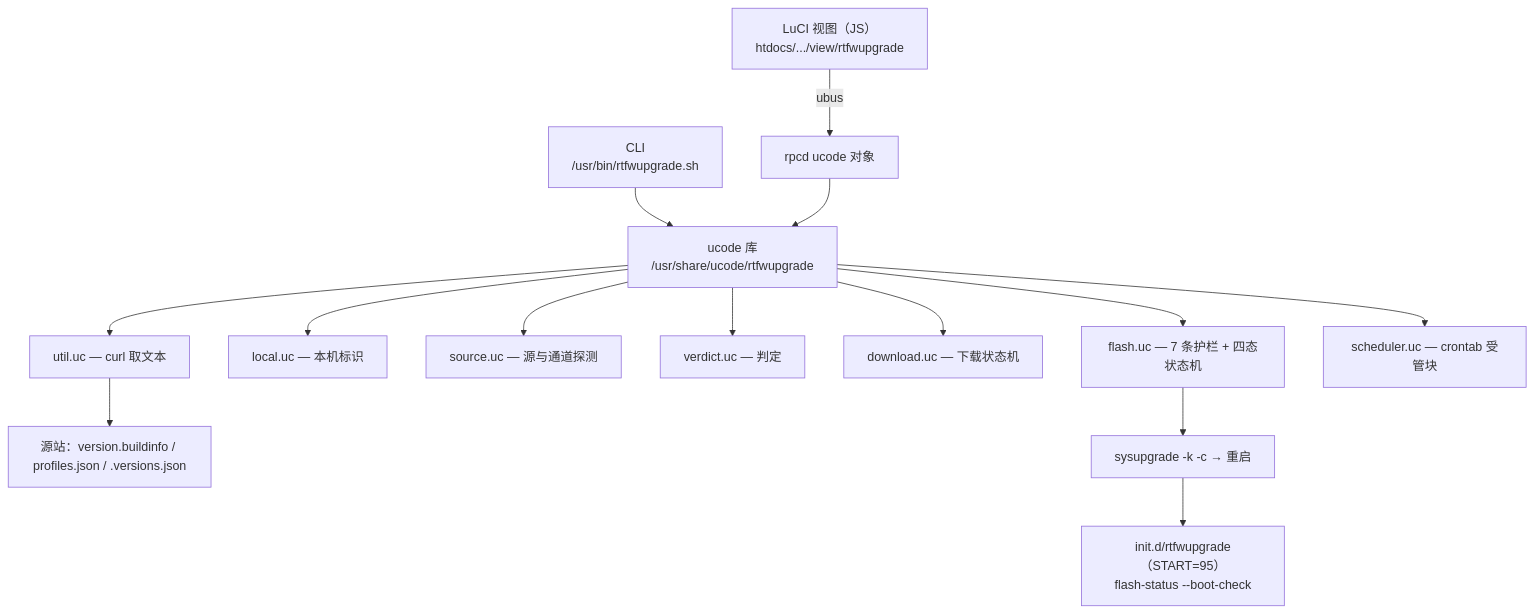
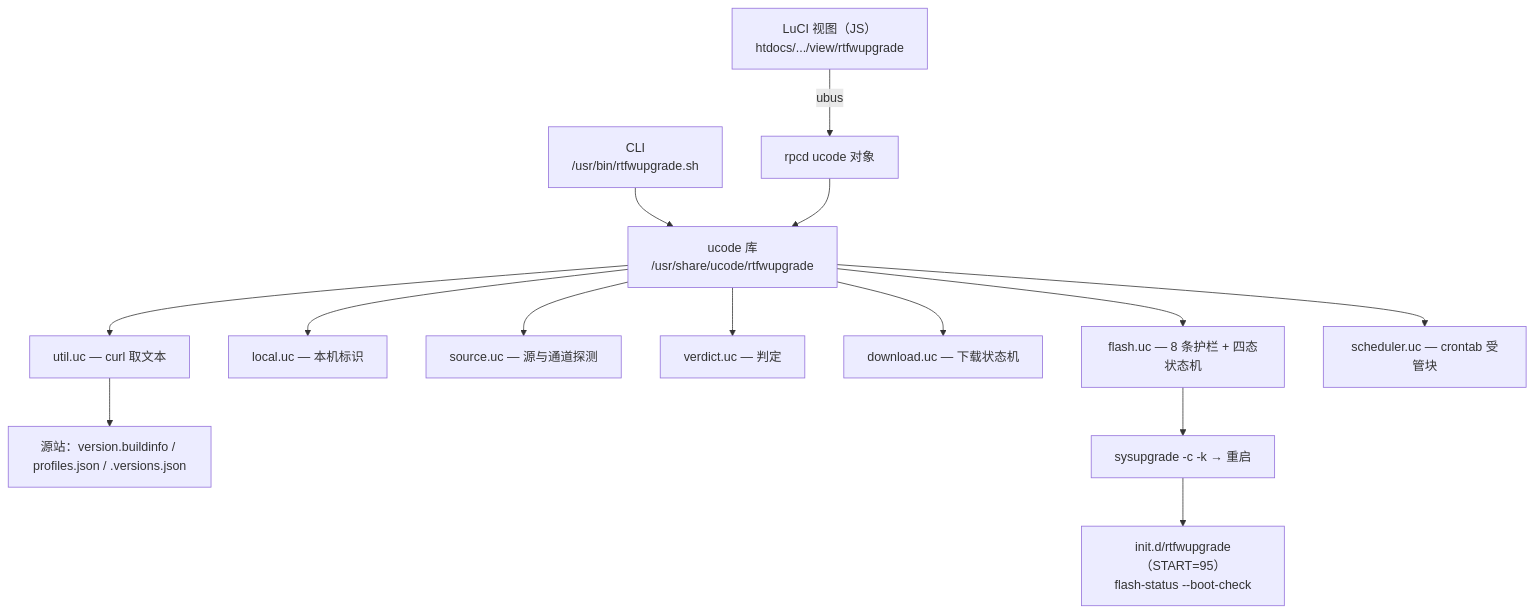
The first of 2 diagrams in README.md (Shuery-Shuai/LuciRtfwUpgrade), drawn with Mermaid before and after one commit. The commit also changed other lines of this file and 34 other files, not shown here.

````diff
--- a/README.md
+++ b/README.md
@@ -93,16 +92,16 @@
 ```mermaid
 graph TD
     A["LuCI 视图（JS）<br/>htdocs/.../view/rtfwupgrade"] -->|ubus| C["rpcd ucode 对象"]
     B["CLI<br/>/usr/bin/rtfwupgrade.sh"] --> D["ucode 库<br/>/usr/share/ucode/rtfwupgrade"]
     C --> D
     D --> E["util.uc — curl 取文本"]
     D --> F["local.uc — 本机标识"]
     D --> G["source.uc — 源与通道探测"]
     D --> H["verdict.uc — 判定"]
     D --> I["download.uc — 下载状态机"]
-    D --> J["flash.uc — 7 条护栏 + 四态状态机"]
+    D --> J["flash.uc — 8 条护栏 + 四态状态机"]
     D --> K["scheduler.uc — crontab 受管块"]
     E --> L["源站：version.buildinfo / profiles.json / .versions.json"]
-    J --> M["sysupgrade -k -c → 重启"]
+    J --> M["sysupgrade -c -k → 重启"]
     M --> N["init.d/rtfwupgrade（START=95）<br/>flash-status --boot-check"]
 ```
````
